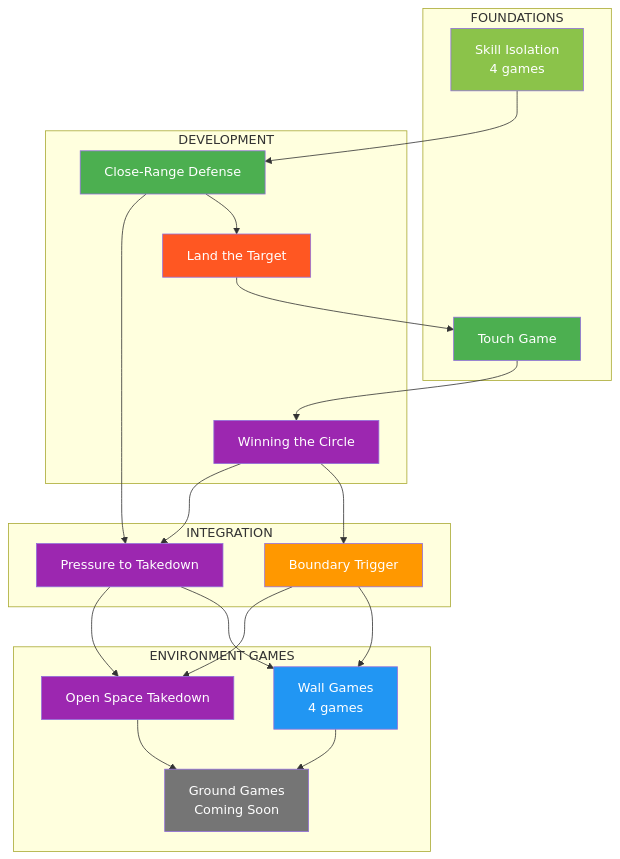
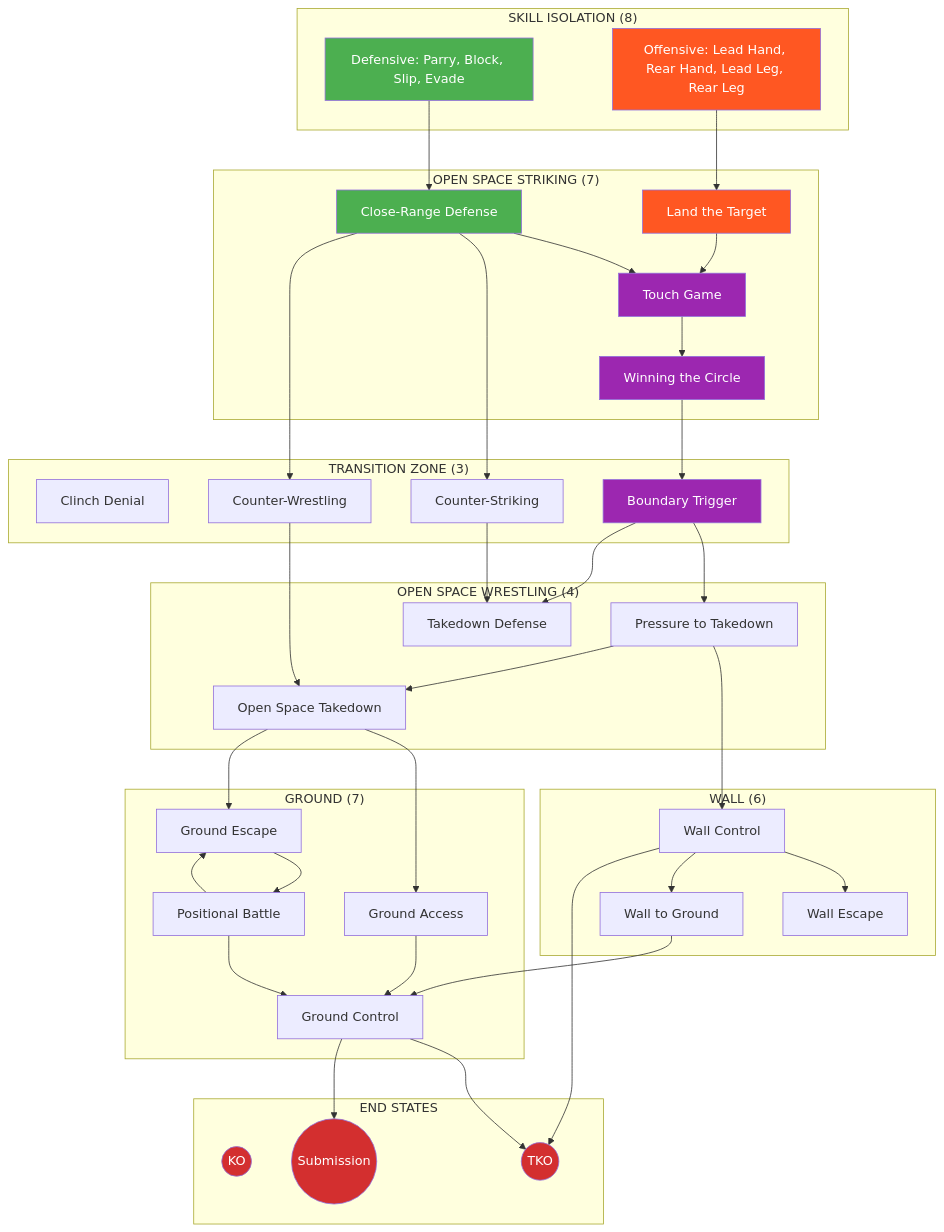
The diagram in docs/index.md (ACalienes/Ecological-MMA-Game-System), drawn with Mermaid before and after one commit. The commit also changed other lines of this file, not shown here.

First line of the commit message:
Update home page to reflect current 35-game system

````diff
--- a/docs/index.md
+++ b/docs/index.md
@@ -161,49 +71,89 @@
 ```mermaid
 flowchart TD
-    subgraph FOUNDATIONS["FOUNDATIONS"]
-        SI[Skill Isolation<br/>4 games]
-        TG[Touch Game]
+    subgraph SKILL["SKILL ISOLATION (8)"]
+        DEF[Defensive: Parry, Block, Slip, Evade]
+        OFF[Offensive: Lead Hand, Rear Hand, Lead Leg, Rear Leg]
     end
 
-    subgraph DEVELOPMENT["DEVELOPMENT"]
+    subgraph STRIKING["OPEN SPACE STRIKING (7)"]
+        TG[Touch Game]
         CRD[Close-Range Defense]
         LT[Land the Target]
         WC[Winning the Circle]
     end
 
-    subgraph INTEGRATION["INTEGRATION"]
+    subgraph TRANSITION["TRANSITION ZONE (3)"]
+        CD[Clinch Denial]
+        CS[Counter-Striking]
+        CW[Counter-Wrestling]
         BT[Boundary Trigger]
-        PTT[Pressure to Takedown]
     end
 
-    subgraph ENVIRONMENTS["ENVIRONMENT GAMES"]
-        WALL[Wall Games<br/>4 games]
+    subgraph WRESTLING["OPEN SPACE WRESTLING (4)"]
+        TDD[Takedown Defense]
+        PTT[Pressure to Takedown]
         OST[Open Space Takedown]
-        GRD[Ground Games<br/>Coming Soon]
     end
 
-    SI --> CRD
+    subgraph WALL["WALL (6)"]
+        WCON[Wall Control]
+        WE[Wall Escape]
+        WG[Wall to Ground]
+    end
+
+    subgraph GROUND["GROUND (7)"]
+        GA[Ground Access]
+        GC[Ground Control]
+        GE[Ground Escape]
+        PB[Positional Battle]
+    end
+
+    subgraph FINISH["END STATES"]
+        KO((KO))
+        TKO((TKO))
+        SUB((Submission))
+    end
+
+    DEF --> CRD
+    OFF --> LT
+    CRD --> TG
+    LT --> TG
     TG --> WC
-    CRD --> LT
-    LT --> TG
     WC --> BT
-    CRD --> PTT
-    WC --> PTT
-    BT --> WALL
-    BT --> OST
-    PTT --> WALL
+    CRD --> CS
+    CRD --> CW
+
+    BT --> PTT
+    BT --> TDD
+    CS --> TDD
+    CW --> OST
+
+    PTT --> WCON
     PTT --> OST
-    WALL --> GRD
-    OST --> GRD
+    OST --> GA
+    OST --> GE
 
-    style SI fill:#8BC34A,color:#fff
-    style TG fill:#4CAF50,color:#fff
+    WCON --> WE
+    WCON --> WG
+    WG --> GC
+
+    GA --> GC
+    GE --> PB
+    PB --> GC
+    PB --> GE
+
+    GC --> TKO
+    GC --> SUB
+    WCON --> TKO
+
+    style DEF fill:#4CAF50,color:#fff
+    style OFF fill:#FF5722,color:#fff
+    style TG fill:#9C27B0,color:#fff
     style CRD fill:#4CAF50,color:#fff
     style LT fill:#FF5722,color:#fff
     style WC fill:#9C27B0,color:#fff
-    style BT fill:#FF9800,color:#fff
-    style PTT fill:#9C27B0,color:#fff
-    style WALL fill:#2196F3,color:#fff
-    style OST fill:#9C27B0,color:#fff
-    style GRD fill:#757575,color:#fff
+    style BT fill:#9C27B0,color:#fff
+    style KO fill:#D32F2F,color:#fff
+    style TKO fill:#D32F2F,color:#fff
+    style SUB fill:#D32F2F,color:#fff
 ```
````
